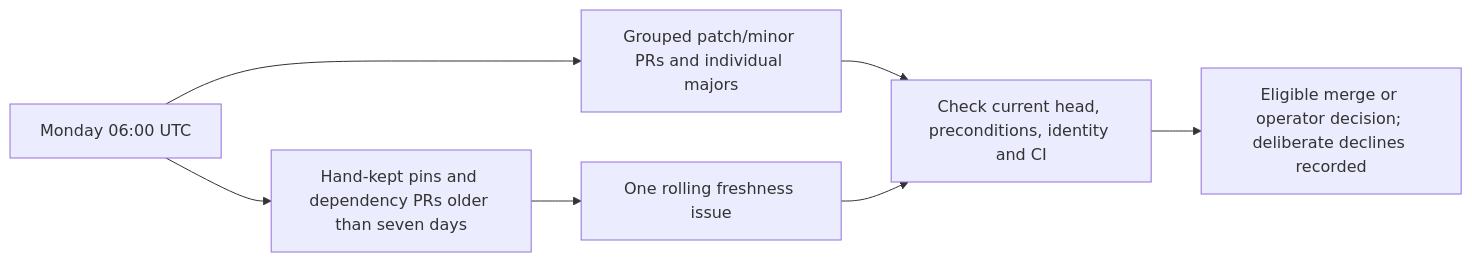
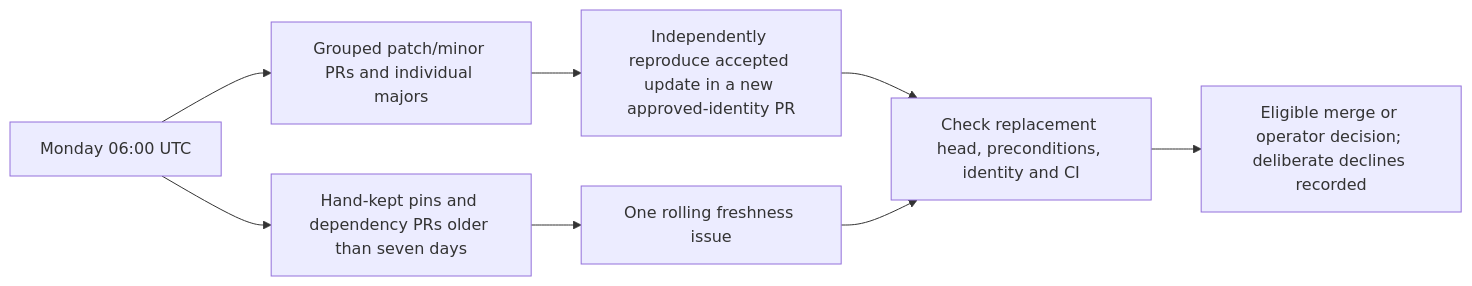
The diagram in docs/DEPENDENCY-UPDATES.md (agenticcodingops/multi-ai-deep-research-pipeline), drawn with Mermaid before and after one commit. The commit also changed other lines of this file, not shown here.

Commit message:
docs: define compliant dependency update delivery

````diff
--- a/docs/DEPENDENCY-UPDATES.md
+++ b/docs/DEPENDENCY-UPDATES.md
@@ -72,9 +86,10 @@
 ```mermaid
 flowchart LR
     Monday[Monday 06:00 UTC] --> Bot[Grouped patch/minor PRs and individual majors]
     Monday --> Report[Hand-kept pins and dependency PRs older than seven days]
     Report --> Issue[One rolling freshness issue]
-    Bot --> Review[Check current head, preconditions, identity and CI]
+    Bot --> Delivery[Independently reproduce accepted update in a new approved-identity PR]
+    Delivery --> Review[Check replacement head, preconditions, identity and CI]
     Issue --> Review
     Review --> Decision[Eligible merge or operator decision; deliberate declines recorded]
 ```
````
